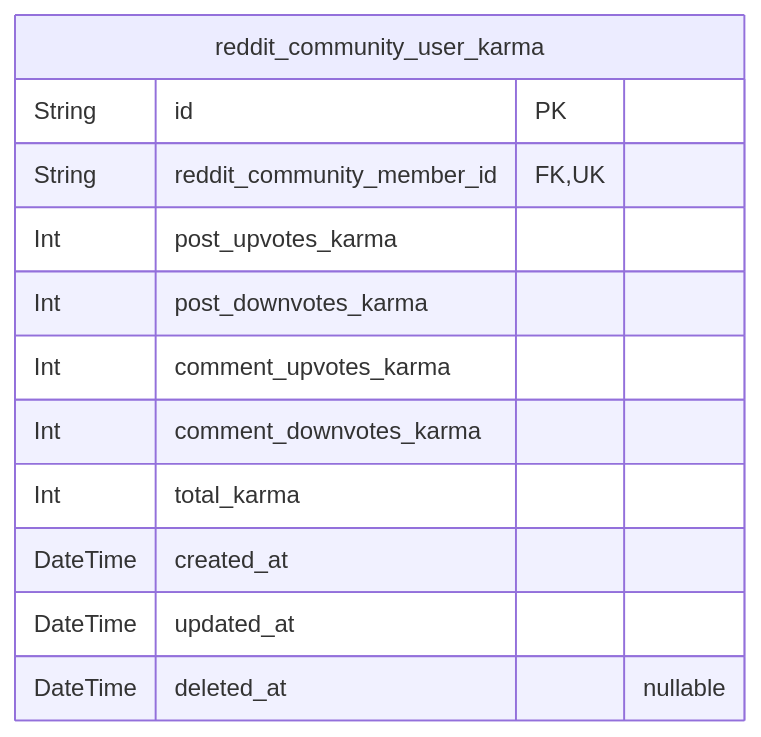
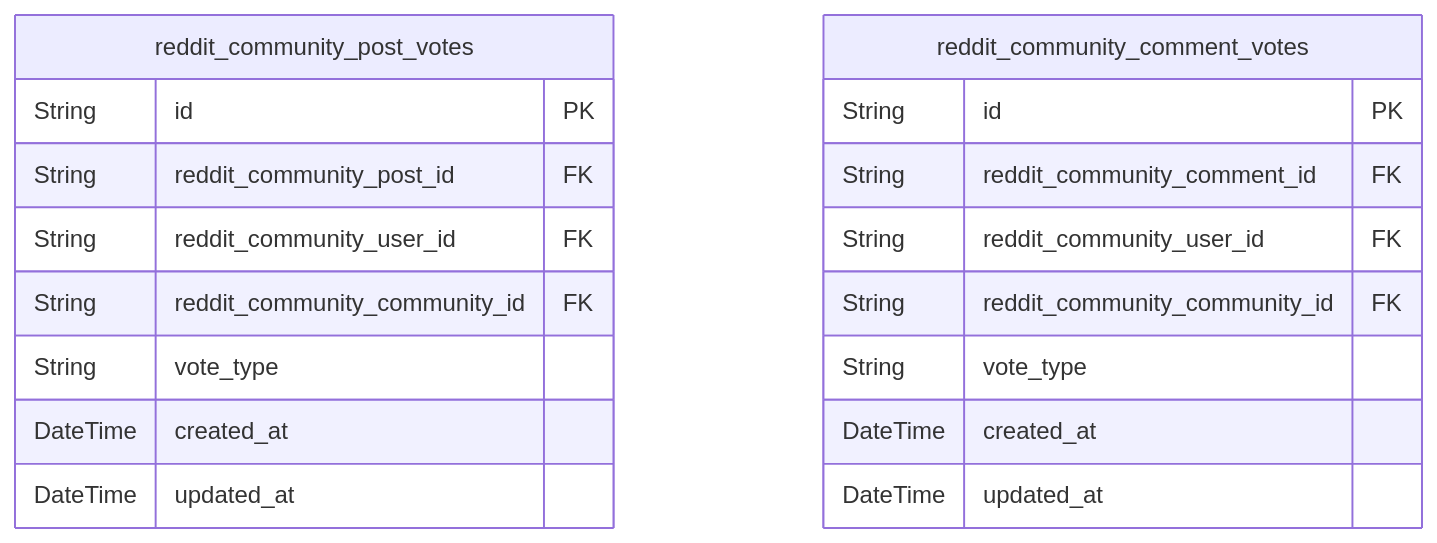
One commit to wrtnlabs/autobe-examples changed the sixth of 8 diagrams in openai/gpt-4.1-mini/reddit/docs/ERD.md. Above: the diagram before and after it, drawn with Mermaid. The commit also changed other lines of this file and 16146 other files, not shown here.

````diff
--- a/openai/gpt-4.1-mini/reddit/docs/ERD.md
+++ b/openai/gpt-4.1-mini/reddit/docs/ERD.md
@@ -294,15 +461,21 @@
 ```mermaid
 erDiagram
-"reddit_community_user_karma" {
+"reddit_community_post_votes" {
   String id PK
-  String reddit_community_member_id FK,UK
-  Int post_upvotes_karma
-  Int post_downvotes_karma
-  Int comment_upvotes_karma
-  Int comment_downvotes_karma
-  Int total_karma
+  String reddit_community_post_id FK
+  String reddit_community_user_id FK
+  String reddit_community_community_id FK
+  String vote_type
   DateTime created_at
   DateTime updated_at
-  DateTime deleted_at "nullable"
+}
+"reddit_community_comment_votes" {
+  String id PK
+  String reddit_community_comment_id FK
+  String reddit_community_user_id FK
+  String reddit_community_community_id FK
+  String vote_type
+  DateTime created_at
+  DateTime updated_at
 }
 ```
````
